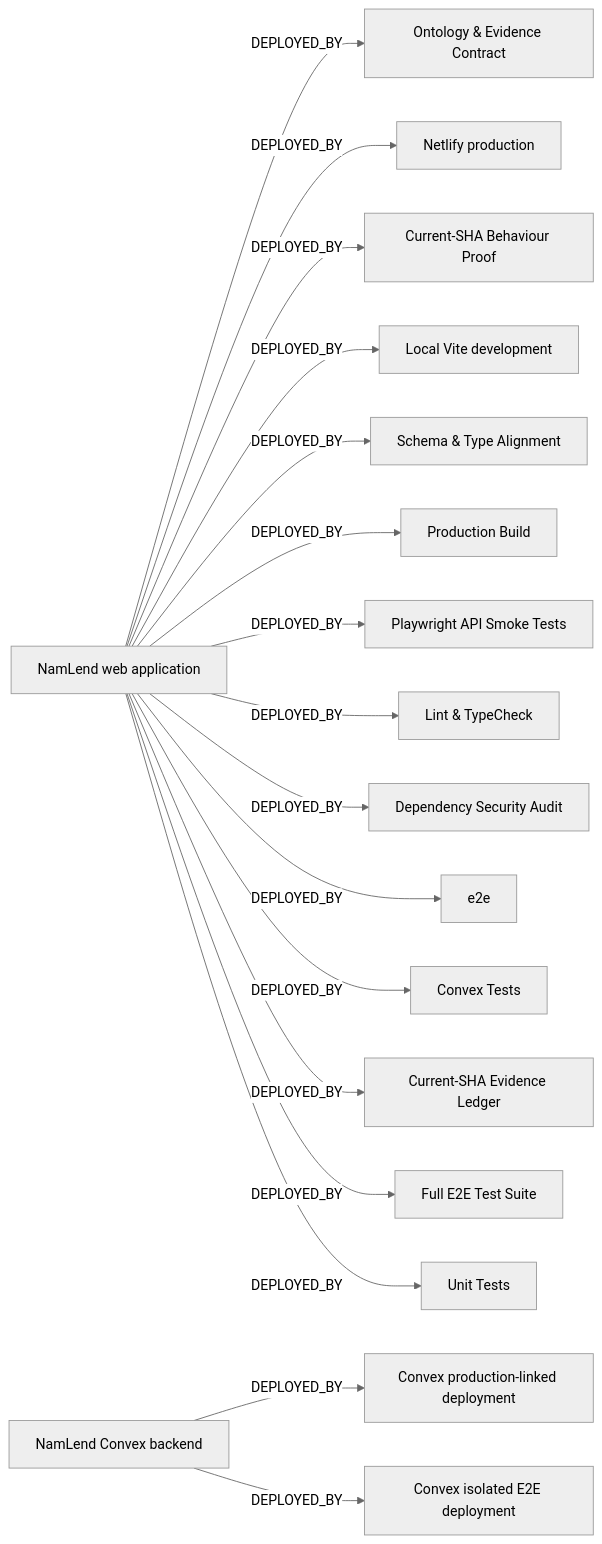
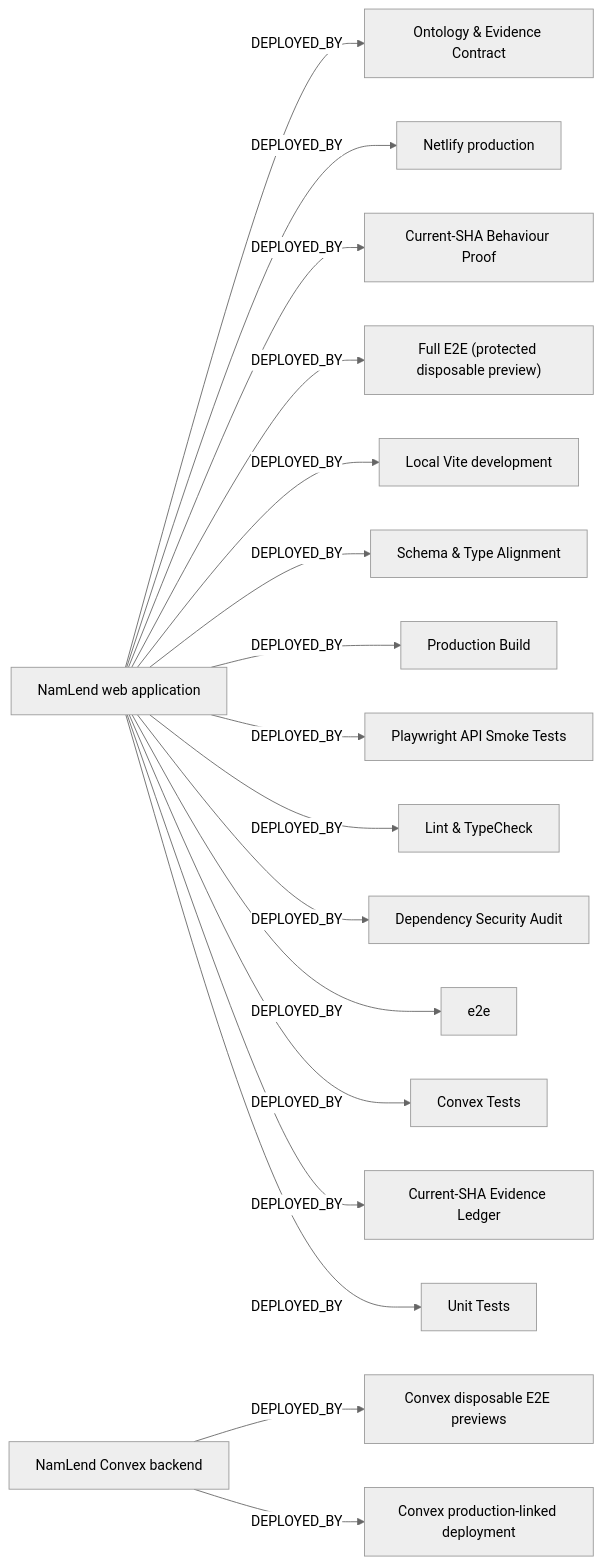
Before and after one commit to DKTony/namlend-trust-portal-v220: the sixth of 6 diagrams in ontology/graph.md, drawn with Mermaid (neutral theme). The commit also changed other lines of this file and 10 other files, not shown here.

````diff
--- a/ontology/graph.md
+++ b/ontology/graph.md
@@ -421,37 +419,37 @@
 ```mermaid
 flowchart LR
   n_system_namlend_web["NamLend web application"]
   n_ci_job_ci_web_ontology["Ontology & Evidence Contract"]
   n_deployment_netlify_production["Netlify production"]
   n_ci_job_ci_web_behavior_proof["Current-SHA Behaviour Proof"]
+  n_ci_job_e2e_e2e_trusted["Full E2E (protected disposable preview)"]
   n_deployment_local_web["Local Vite development"]
   n_ci_job_ci_web_schema_type_check["Schema & Type Alignment"]
+  n_system_namlend_convex["NamLend Convex backend"]
+  n_deployment_convex_e2e_preview["Convex disposable E2E previews"]
   n_ci_job_ci_web_production_build["Production Build"]
-  n_system_namlend_convex["NamLend Convex backend"]
   n_deployment_convex_production_linked["Convex production-linked deployment"]
   n_ci_job_ci_web_playwright_api_smoke["Playwright API Smoke Tests"]
   n_ci_job_ci_web_lint_and_typecheck["Lint & TypeCheck"]
   n_ci_job_ci_web_dependency_audit["Dependency Security Audit"]
   n_ci_job_e2e_e2e["e2e"]
   n_ci_job_ci_web_convex_tests["Convex Tests"]
   n_ci_job_ci_web_evidence_ledger["Current-SHA Evidence Ledger"]
-  n_ci_job_ci_web_playwright_full_e2e["Full E2E Test Suite"]
   n_ci_job_ci_web_unit_tests["Unit Tests"]
-  n_deployment_convex_e2e["Convex isolated E2E deployment"]
   n_system_namlend_web -- "DEPLOYED_BY" --> n_ci_job_ci_web_ontology
   n_system_namlend_web -- "DEPLOYED_BY" --> n_deployment_netlify_production
   n_system_namlend_web -- "DEPLOYED_BY" --> n_ci_job_ci_web_behavior_proof
+  n_system_namlend_web -- "DEPLOYED_BY" --> n_ci_job_e2e_e2e_trusted
   n_system_namlend_web -- "DEPLOYED_BY" --> n_deployment_local_web
   n_system_namlend_web -- "DEPLOYED_BY" --> n_ci_job_ci_web_schema_type_check
+  n_system_namlend_convex -- "DEPLOYED_BY" --> n_deployment_convex_e2e_preview
   n_system_namlend_web -- "DEPLOYED_BY" --> n_ci_job_ci_web_production_build
   n_system_namlend_convex -- "DEPLOYED_BY" --> n_deployment_convex_production_linked
   n_system_namlend_web -- "DEPLOYED_BY" --> n_ci_job_ci_web_playwright_api_smoke
   n_system_namlend_web -- "DEPLOYED_BY" --> n_ci_job_ci_web_lint_and_typecheck
   n_system_namlend_web -- "DEPLOYED_BY" --> n_ci_job_ci_web_dependency_audit
   n_system_namlend_web -- "DEPLOYED_BY" --> n_ci_job_e2e_e2e
   n_system_namlend_web -- "DEPLOYED_BY" --> n_ci_job_ci_web_convex_tests
   n_system_namlend_web -- "DEPLOYED_BY" --> n_ci_job_ci_web_evidence_ledger
-  n_system_namlend_web -- "DEPLOYED_BY" --> n_ci_job_ci_web_playwright_full_e2e
   n_system_namlend_web -- "DEPLOYED_BY" --> n_ci_job_ci_web_unit_tests
-  n_system_namlend_convex -- "DEPLOYED_BY" --> n_deployment_convex_e2e
 ```
````
